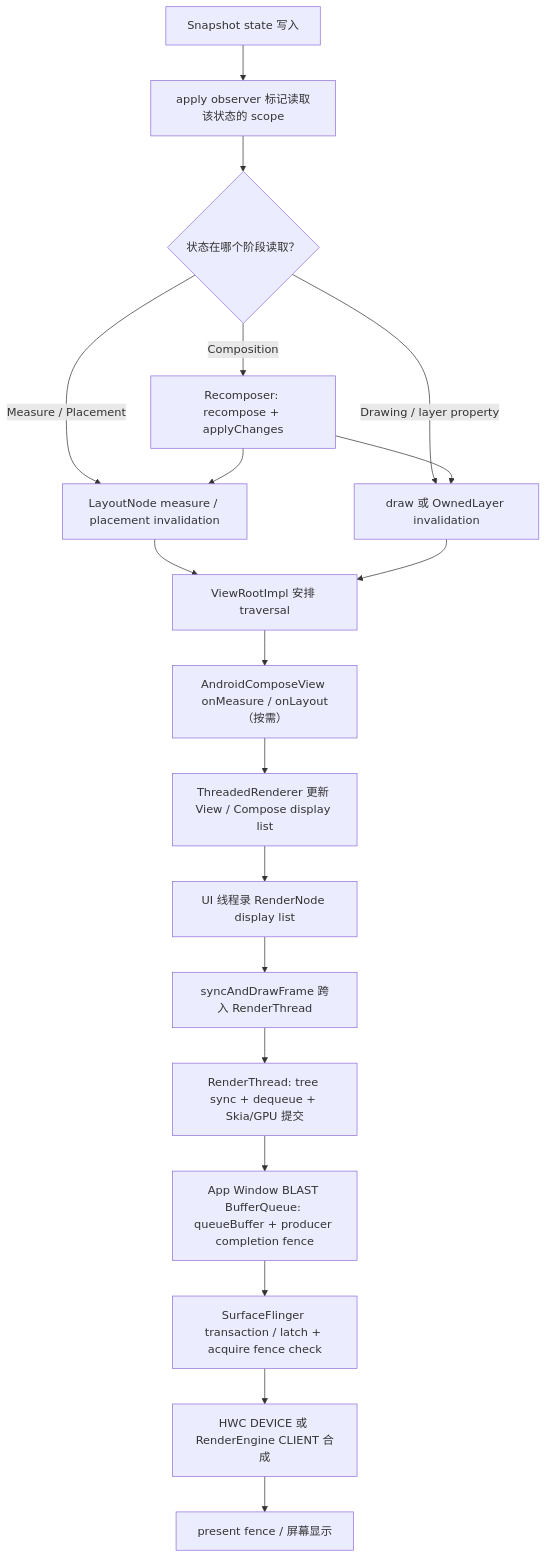
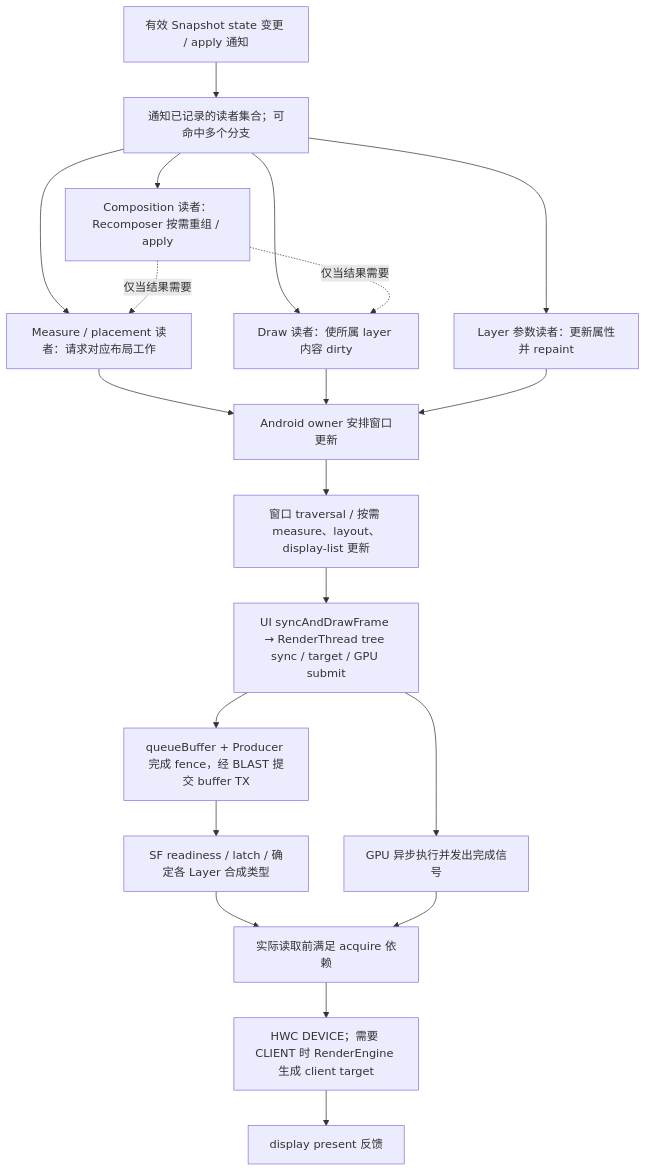
The second of 2 diagrams in src/part2-performance/ch13-rendering-pipelines/08-compose-rendering-pipeline.md (Gracker/android-internals-wiki), drawn with Mermaid before and after one commit. The commit also changed other lines of this file and 196 other files, not shown here.

````diff
--- a/src/part2-performance/ch13-rendering-pipelines/08-compose-rendering-pipeline.md
+++ b/src/part2-performance/ch13-rendering-pipelines/08-compose-rendering-pipeline.md
@@ -452,21 +503,22 @@
 ```mermaid
 flowchart TD
-    A["Snapshot state 写入"] --> B["apply observer 标记读取该状态的 scope"]
-    B --> C{"状态在哪个阶段读取？"}
-    C -->|"Composition"| D["Recomposer: recompose + applyChanges"]
-    C -->|"Measure / Placement"| E["LayoutNode measure / placement invalidation"]
-    C -->|"Drawing / layer property"| F["draw 或 OwnedLayer invalidation"]
-    D --> E
-    D --> F
-    E --> G["ViewRootImpl 安排 traversal"]
+    A["有效 Snapshot state 变更 / apply 通知"] --> B["通知已记录的读者集合；可命中多个分支"]
+    B --> C["Composition 读者：Recomposer 按需重组 / apply"]
+    B --> D["Measure / placement 读者：请求对应布局工作"]
+    B --> E["Draw 读者：使所属 layer 内容 dirty"]
+    B --> F["Layer 参数读者：更新属性并 repaint"]
+    C -.->|"仅当结果需要"| D
+    C -.->|"仅当结果需要"| E
+    D --> G["Android owner 安排窗口更新"]
+    E --> G
     F --> G
-    G --> H["AndroidComposeView onMeasure / onLayout（按需）"]
-    H --> I["ThreadedRenderer 更新 View / Compose display list"]
-    I --> J["UI 线程录 RenderNode display list"]
-    J --> K["syncAndDrawFrame 跨入 RenderThread"]
-    K --> L["RenderThread: tree sync + dequeue + Skia/GPU 提交"]
-    L --> M["App Window BLAST BufferQueue: queueBuffer + producer completion fence"]
-    M --> N["SurfaceFlinger transaction / latch + acquire fence check"]
-    N --> O["HWC DEVICE 或 RenderEngine CLIENT 合成"]
-    O --> P["present fence / 屏幕显示"]
+    G --> H["窗口 traversal / 按需 measure、layout、display-list 更新"]
+    H --> I["UI syncAndDrawFrame → RenderThread tree sync / target / GPU submit"]
+    I --> J["queueBuffer + Producer 完成 fence，经 BLAST 提交 buffer TX"]
+    I --> K["GPU 异步执行并发出完成信号"]
+    J --> L["SF readiness / latch / 确定各 Layer 合成类型"]
+    L --> M["实际读取前满足 acquire 依赖"]
+    K --> M
+    M --> N["HWC DEVICE；需要 CLIENT 时 RenderEngine 生成 client target"]
+    N --> O["display present 反馈"]
 ```
````
